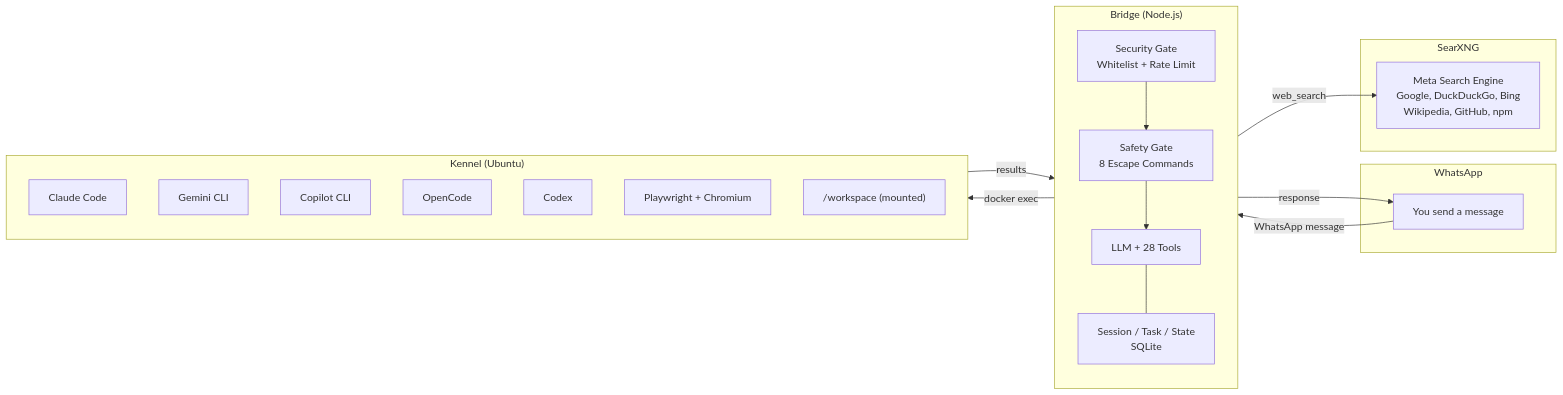
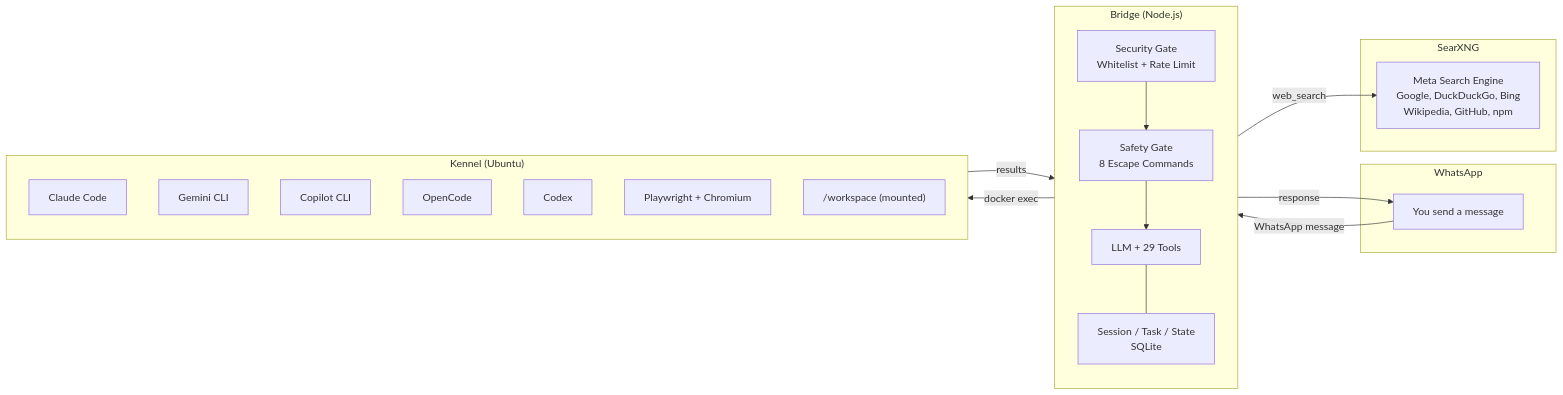
Before and after one commit to Traves-Theberge/Fetch: the diagram in README.md, drawn with Mermaid. The commit also changed other lines of this file and 8 other files, not shown here.

````diff
--- a/README.md
+++ b/README.md
@@ -41,37 +41,37 @@
 ```mermaid
 flowchart LR
     subgraph WhatsApp
         User["You send a message"]
     end
 
     subgraph Bridge["Bridge (Node.js)"]
         direction TB
         Security["Security Gate\nWhitelist + Rate Limit"]
         Safety["Safety Gate\n8 Escape Commands"]
-        LLM["LLM + 28 Tools"]
+        LLM["LLM + 29 Tools"]
         State["Session / Task / State\nSQLite"]
         Security --> Safety --> LLM
         LLM --- State
     end
 
     subgraph Kennel["Kennel (Ubuntu)"]
         direction TB
         Claude["Claude Code"]
         Gemini["Gemini CLI"]
         Copilot["Copilot CLI"]
         OpenCode["OpenCode"]
         Codex["Codex"]
         Playwright["Playwright + Chromium"]
         Workspace["/workspace (mounted)"]
     end
 
     subgraph Search["SearXNG"]
         SearX["Meta Search Engine\nGoogle, DuckDuckGo, Bing\nWikipedia, GitHub, npm"]
     end
 
     User -->|"WhatsApp message"| Security
     LLM -->|"docker exec"| Kennel
     LLM -->|"web_search"| SearX
     Kennel -->|"results"| LLM
     LLM -->|"response"| User
 ```
````
